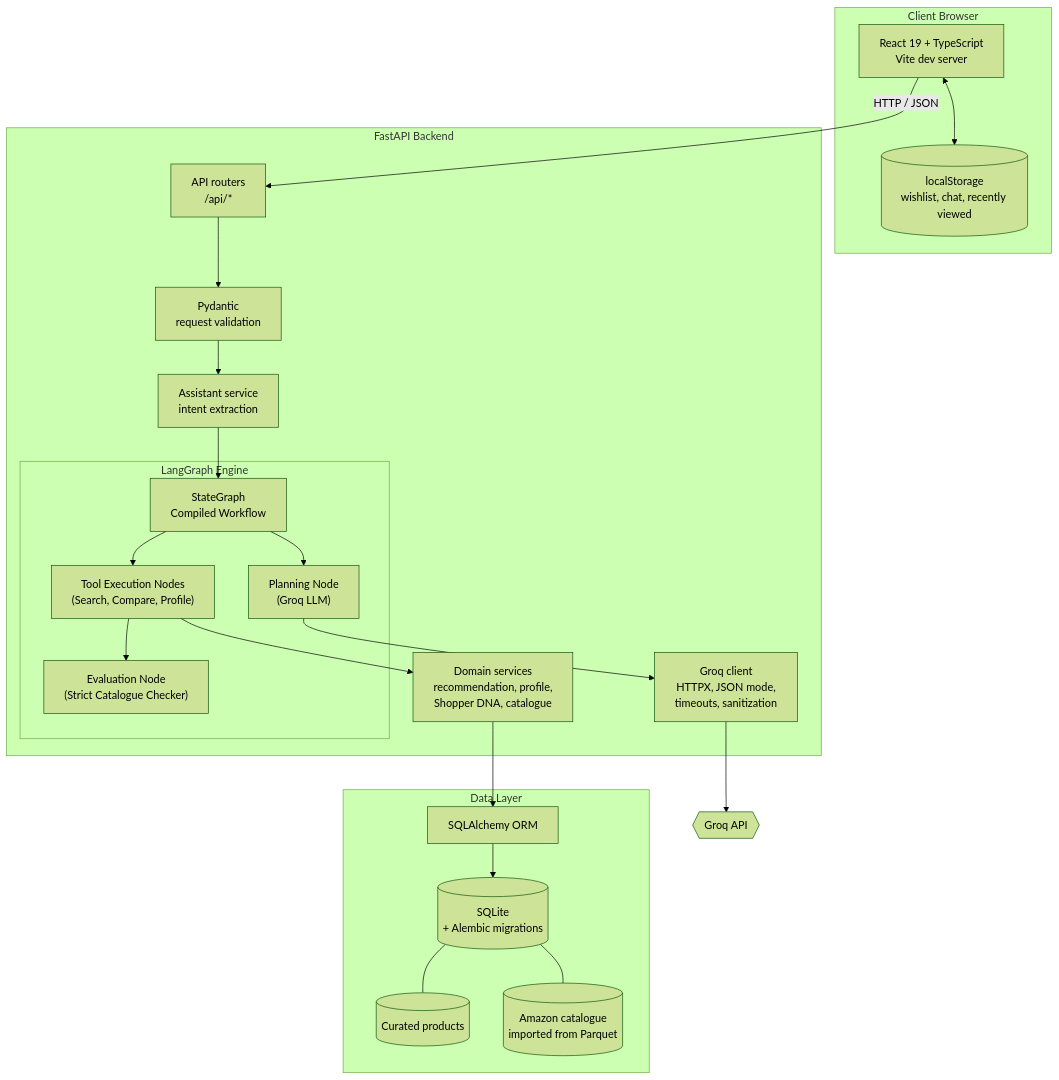
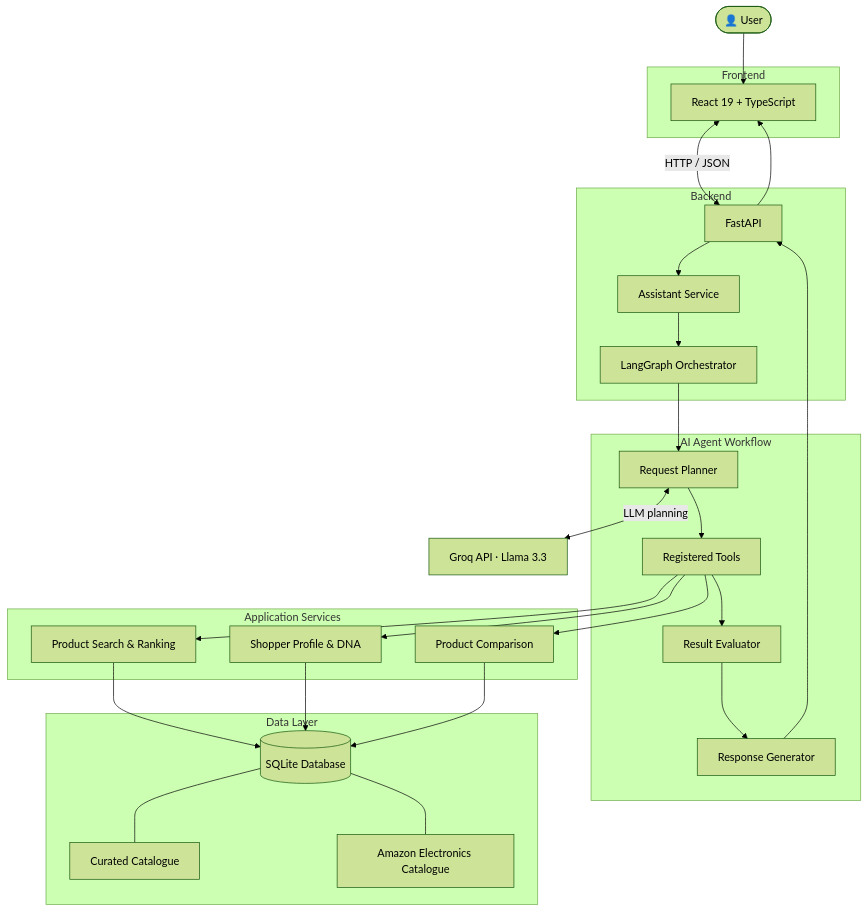
Before and after one commit to ishaankonathala/SmartShopper-LangGraph: the first of 3 diagrams in README.md, drawn with Mermaid (forest theme). The commit also changed other lines of this file, not shown here.

````diff
--- a/README.md
+++ b/README.md
@@ -61,44 +50,52 @@
 ```mermaid
 flowchart TB
-    subgraph Browser["Client Browser"]
-        FE["React 19 + TypeScript<br/>Vite dev server"]
-        LS[("localStorage<br/>wishlist, chat, recently viewed")]
-        FE <--> LS
+    U(["👤 User"])
+
+    subgraph FRONTEND["Frontend"]
+        A["React 19 + TypeScript"]
     end
 
-    subgraph Backend["FastAPI Backend"]
-        API["API routers<br/>/api/*"]
-        VAL["Pydantic<br/>request validation"]
-        ASSIST["Assistant service<br/>intent extraction"]
-        
-        subgraph GraphEngine["LangGraph Engine"]
-            LG["StateGraph<br/>Compiled Workflow"]
-            PLAN["Planning Node<br/>(Groq LLM)"]
-            EXEC["Tool Execution Nodes<br/>(Search, Compare, Profile)"]
-            EVAL["Evaluation Node<br/>(Strict Catalogue Checker)"]
-        end
-
-        SVC["Domain services<br/>recommendation, profile,<br/>Shopper DNA, catalogue"]
-        GROQ["Groq client<br/>HTTPX, JSON mode,<br/>timeouts, sanitization"]
+    subgraph BACKEND["Backend"]
+        B["FastAPI"]
+        C["Assistant Service"]
+        D["LangGraph Orchestrator"]
     end
 
-    subgraph Data["Data Layer"]
-        ORM["SQLAlchemy ORM"]
-        SQLITE[("SQLite<br/>+ Alembic migrations")]
-        CUR[("Curated products")]
-        AMZ[("Amazon catalogue<br/>imported from Parquet")]
+    subgraph AI["AI Agent Workflow"]
+        E["Request Planner"]
+        F["Registered Tools"]
+        G["Result Evaluator"]
+        H["Response Generator"]
     end
 
-    GROQX{{"Groq API"}}
+    subgraph SERVICES["Application Services"]
+        I["Product Search & Ranking"]
+        J["Shopper Profile & DNA"]
+        K["Product Comparison"]
+    end
 
-    FE -- "HTTP / JSON" --> API
-    API --> VAL --> ASSIST
-    ASSIST --> LG
-    LG --> PLAN
-    PLAN --> GROQ --> GROQX
-    LG --> EXEC --> SVC
-    EXEC --> EVAL
-    SVC --> ORM --> SQLITE
-    SQLITE --- CUR
-    SQLITE --- AMZ
+    subgraph DATA["Data Layer"]
+        L[("SQLite Database")]
+        M["Curated Catalogue"]
+        N["Amazon Electronics Catalogue"]
+    end
+
+    O["Groq API · Llama 3.3"]
+
+    U --> A
+    A <-->|"HTTP / JSON"| B
+    B --> C --> D --> E
+    E <-->|"LLM planning"| O
+    E --> F
+    F --> I
+    F --> J
+    F --> K
+    I --> L
+    J --> L
+    K --> L
+    L --- M
+    L --- N
+    F --> G --> H
+    H --> B
+    B --> A
 ```
````
